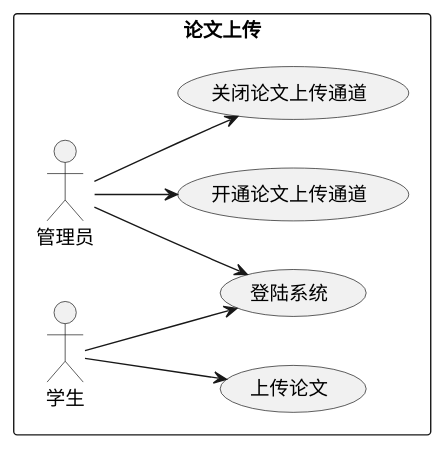
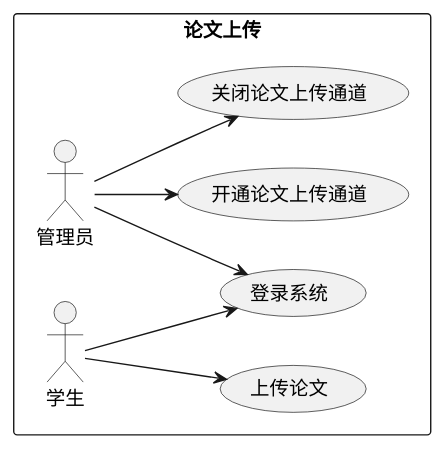
The diagram in documents/latexPaper_/uml/用例图/2-论文上传.puml (swithun-liu/scoring_system), drawn with PlantUML before and after one commit. The commit also changed 19 other files, not shown here.

```diff
--- a/documents/latexPaper_/uml/用例图/2-论文上传.puml
+++ b/documents/latexPaper_/uml/用例图/2-论文上传.puml
@@ -1,18 +1,18 @@
 @startuml
 left to right direction
 
 rectangle "论文上传" {
     actor aa as "管理员"
     actor sa as "学生"
-    usecase login as "登陆系统"
+    usecase login as "登录系统"
     usecase setBegin as "开通论文上传通道"
     usecase setEnd as "关闭论文上传通道"
     usecase upload as "上传论文"
     aa --> login
     aa --> setBegin
     aa --> setEnd
     sa --> login
     sa --> upload
 }
 
 @enduml
```
